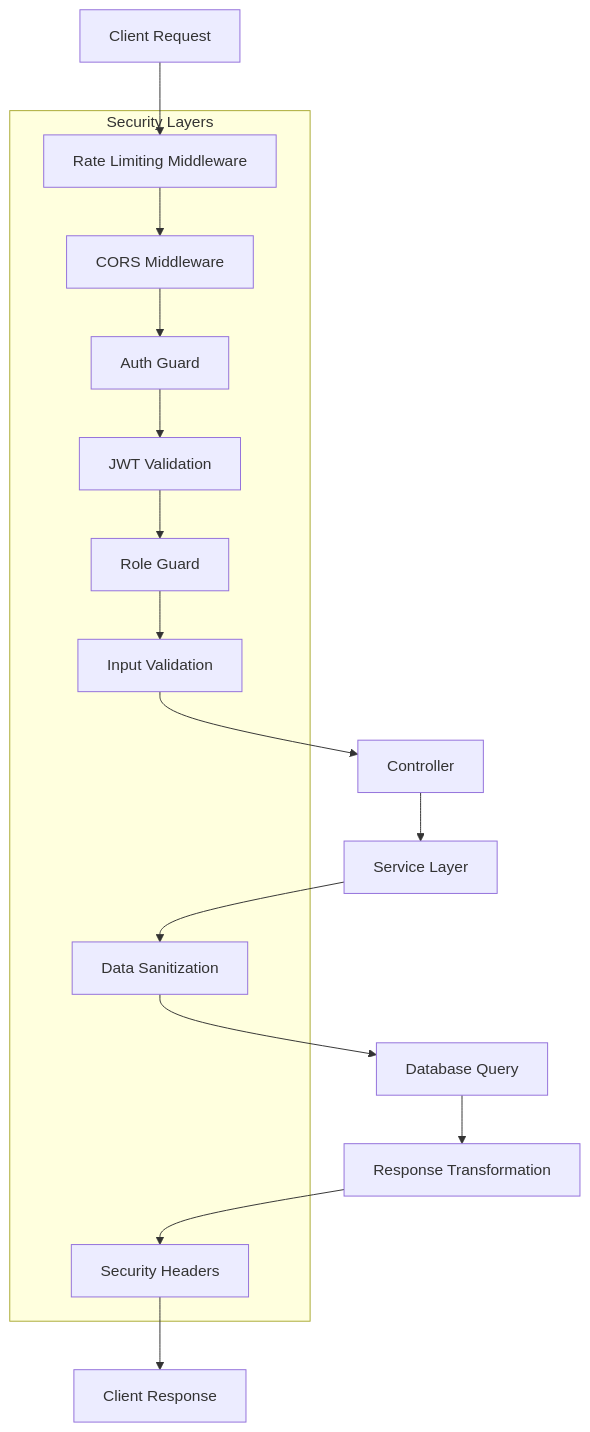
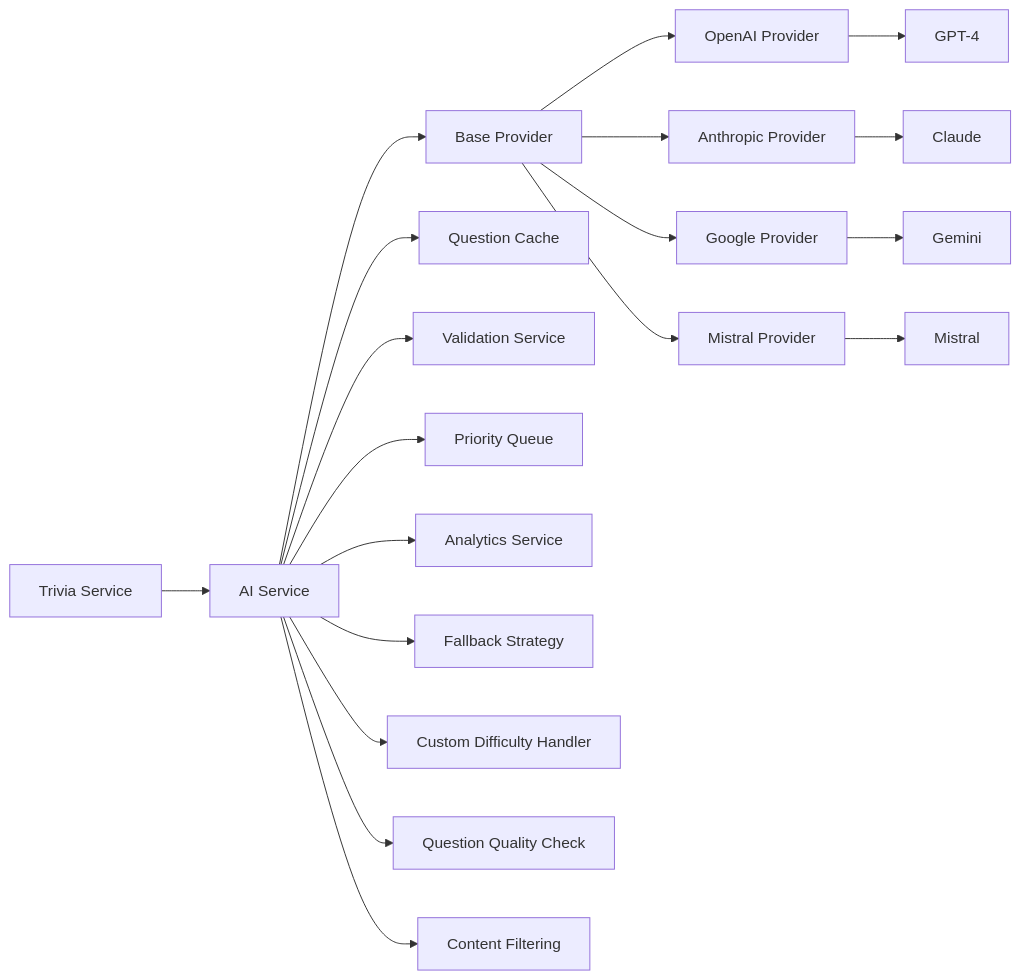
Before and after one commit to IsraelRub/EveryTriv: diagram 13 of 25 in docs/DIAGRAMS.md, drawn with Mermaid. The commit also changed other lines of this file and 597 other files, not shown here.

````diff
--- a/docs/DIAGRAMS.md
+++ b/docs/DIAGRAMS.md
@@ -334,29 +810,23 @@
 ```mermaid
-graph TD
-    A[Client Request] --> B[Rate Limiting Middleware]
-    B --> C[CORS Middleware]
-    C --> D[Auth Guard]
-    D --> E[JWT Validation]
-    E --> F[Role Guard]
-    F --> G[Input Validation]
-    G --> H[Controller]
-    
-    H --> I[Service Layer]
-    I --> J[Data Sanitization]
-    J --> K[Database Query]
-    
-    K --> L[Response Transformation]
-    L --> M[Security Headers]
-    M --> N[Client Response]
-    
-    subgraph "Security Layers"
-        B
-        C
-        D
-        E
-        F
-        G
-        J
-        M
-    end
+graph LR
+    A[Trivia Service] --> B[AI Service]
+    B --> C[Base Provider]
+    C --> D[OpenAI Provider]
+    C --> E[Anthropic Provider]
+    C --> F[Google Provider]
+    C --> G[Mistral Provider]
+
+    D --> H[GPT-4]
+    E --> I[Claude]
+    F --> J[Gemini]
+    G --> K[Mistral]
+
+    B --> L[Question Cache]
+    B --> M[Validation Service]
+    B --> N[Priority Queue]
+    B --> O[Analytics Service]
+    B --> P[Fallback Strategy]
+    B --> Q[Custom Difficulty Handler]
+    B --> R[Question Quality Check]
+    B --> S[Content Filtering]
 ```
````
